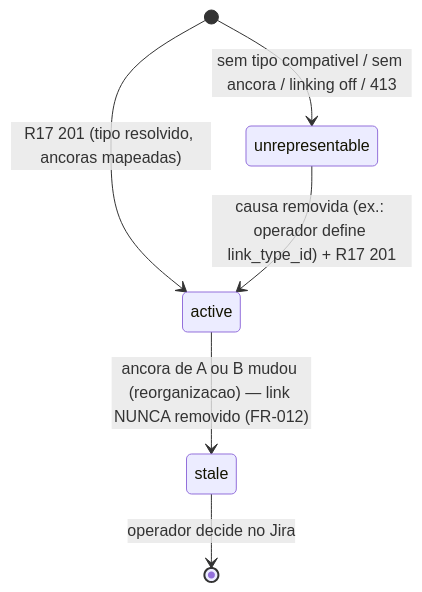
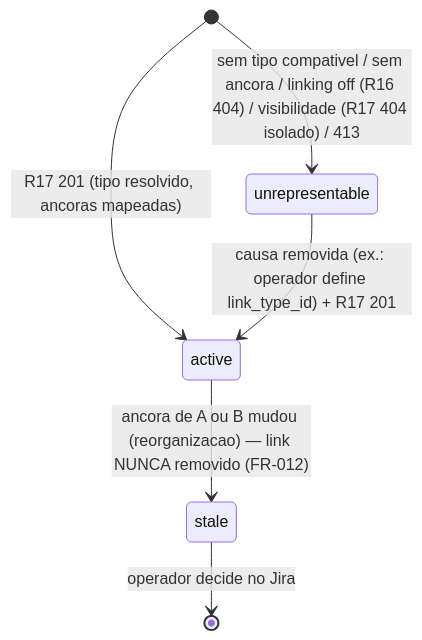
Before and after one commit to JotJunior/cstk: the sixth of 6 diagrams in docs/specs/cstk-jira/data-model.md, drawn with Mermaid. The commit also changed other lines of this file and 8 other files, not shown here.

````diff
--- a/docs/specs/cstk-jira/data-model.md
+++ b/docs/specs/cstk-jira/data-model.md
@@ -470,8 +473,8 @@
 ```mermaid
 stateDiagram-v2
     [*] --> active: R17 201 (tipo resolvido, ancoras mapeadas)
-    [*] --> unrepresentable: sem tipo compativel / sem ancora / linking off / 413
+    [*] --> unrepresentable: sem tipo compativel / sem ancora / linking off (R16 404) / visibilidade (R17 404 isolado) / 413
     unrepresentable --> active: causa removida (ex.: operador define link_type_id) + R17 201
     active --> stale: ancora de A ou B mudou (reorganizacao) — link NUNCA removido (FR-012)
     stale --> [*]: operador decide no Jira
 ```
````
